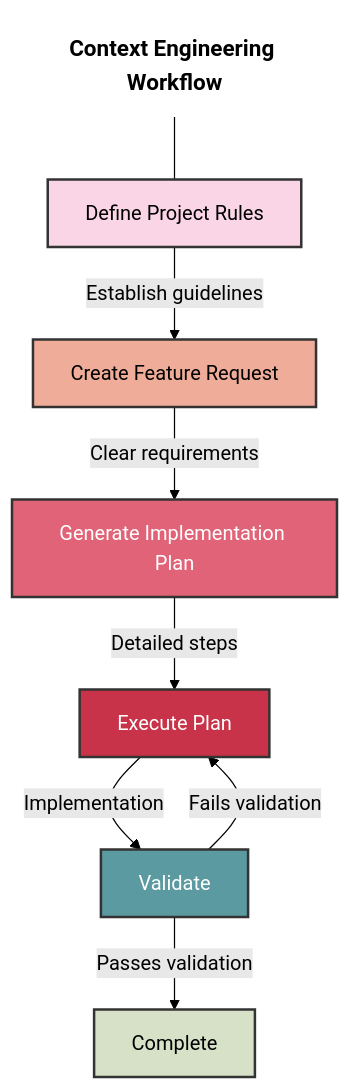
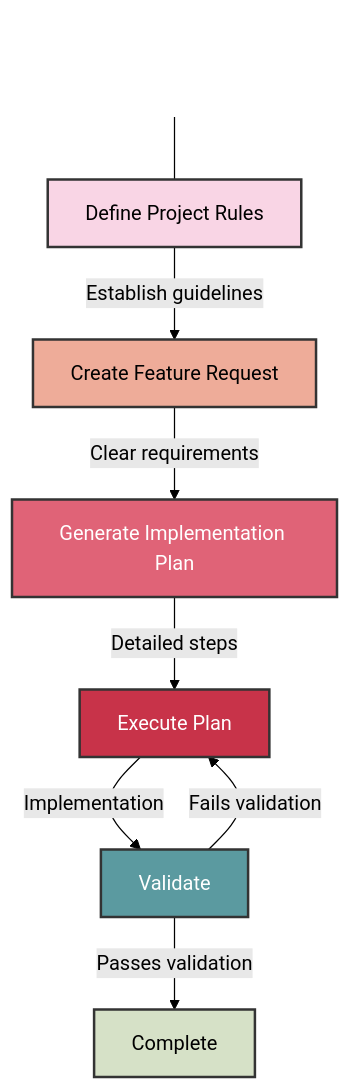
The diagram in images/diagrams/context-engineering-workflow.md (SalmanNouman/Context-Engineering), drawn with Mermaid (forest theme) before and after one commit.

````diff
--- a/images/diagrams/context-engineering-workflow.md
+++ b/images/diagrams/context-engineering-workflow.md
@@ -1,21 +1,21 @@
 ```mermaid
 flowchart TD
     title["Context Engineering Workflow"]
     title --- A
     
     A[Define Project Rules] -->|Establish guidelines| B[Create Feature Request]
     B -->|Clear requirements| C[Generate Implementation Plan]
     C -->|Detailed steps| D[Execute Plan]
     D -->|Implementation| E[Validate]
     E -->|Passes validation| F[Complete]
     E -->|Fails validation| D
     
     %% Style nodes with contrasting text colors for better visibility
-    style title fill:none,stroke:none,color:black,font-weight:bold,font-size:18px
+    style title fill:none,stroke:none,color:white,font-weight:bold,font-size:18px
     style A fill:#f9d5e5,stroke:#333,stroke-width:2px,color:black
     style B fill:#eeac99,stroke:#333,stroke-width:2px,color:black
     style C fill:#e06377,stroke:#333,stroke-width:2px,color:white
     style D fill:#c83349,stroke:#333,stroke-width:2px,color:white
     style E fill:#5b9aa0,stroke:#333,stroke-width:2px,color:white
     style F fill:#d6e1c7,stroke:#333,stroke-width:2px,color:black
 ```
````
